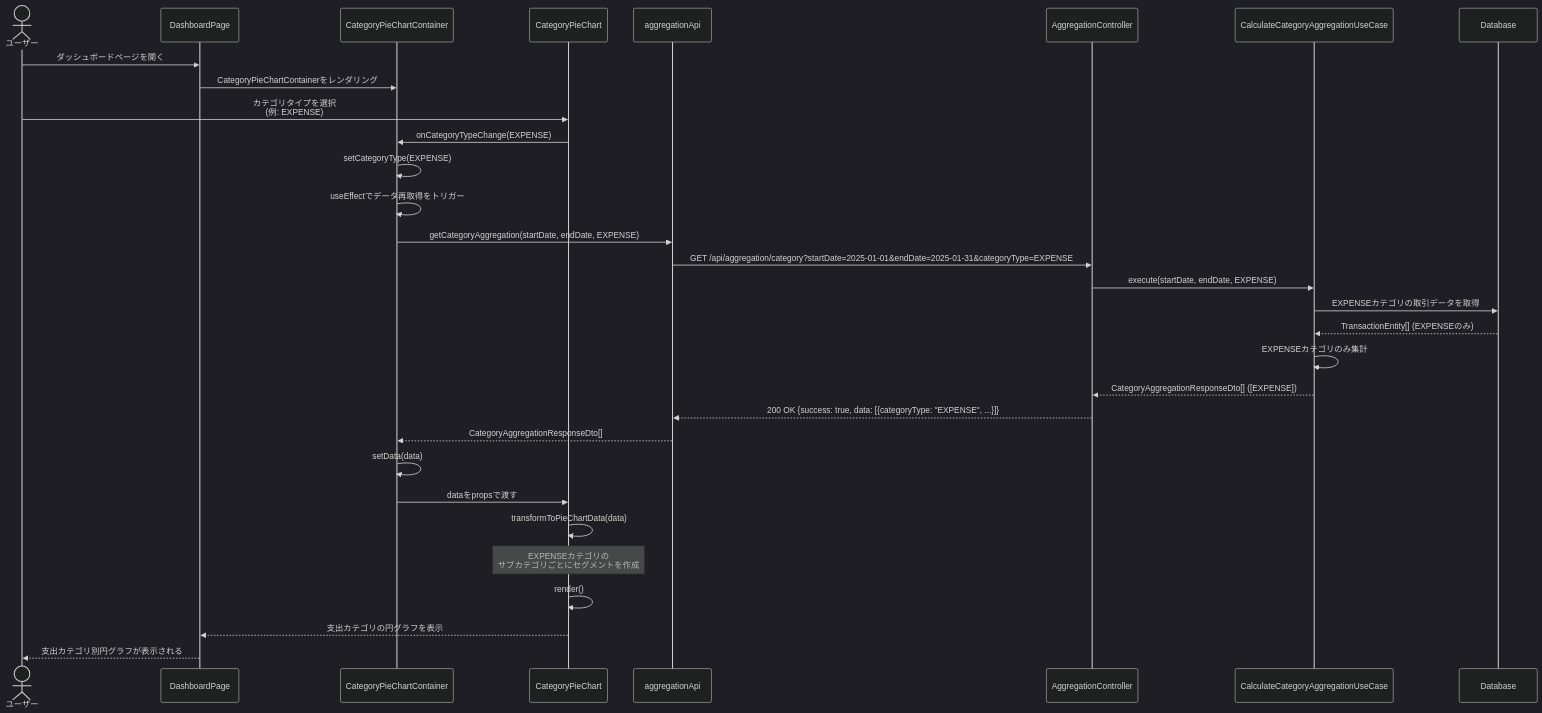
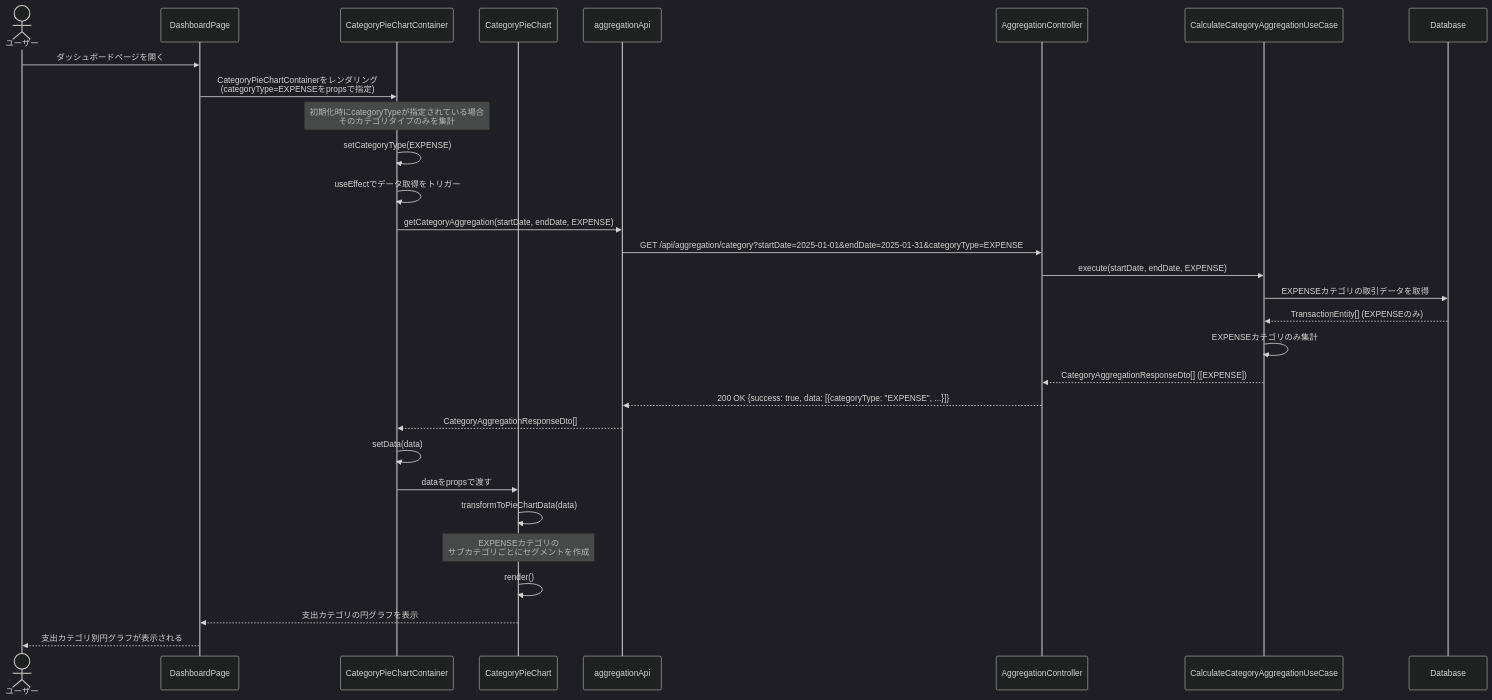
Before and after one commit to kencom2400/account-book: the second of 7 diagrams in docs/detailed-design/FR-025_category-pie-chart/sequence-diagrams.md, drawn with Mermaid (dark theme). The commit also changed 6 other files, not shown here.

````diff
--- a/docs/detailed-design/FR-025_category-pie-chart/sequence-diagrams.md
+++ b/docs/detailed-design/FR-025_category-pie-chart/sequence-diagrams.md
@@ -81,39 +81,38 @@
 ```mermaid
 sequenceDiagram
     actor User as ユーザー
     participant Page as DashboardPage
     participant Container as CategoryPieChartContainer
     participant Component as CategoryPieChart
     participant API as aggregationApi
     participant Backend as AggregationController
     participant UseCase as CalculateCategoryAggregationUseCase
     participant DB as Database
 
     User->>Page: ダッシュボードページを開く
-    Page->>Container: CategoryPieChartContainerをレンダリング
+    Page->>Container: CategoryPieChartContainerをレンダリング<br/>(categoryType=EXPENSEをpropsで指定)
 
-    User->>Component: カテゴリタイプを選択<br/>(例: EXPENSE)
-    Component->>Container: onCategoryTypeChange(EXPENSE)
+    Note over Container: 初期化時にcategoryTypeが指定されている場合<br/>そのカテゴリタイプのみを集計
     Container->>Container: setCategoryType(EXPENSE)
-    Container->>Container: useEffectでデータ再取得をトリガー
+    Container->>Container: useEffectでデータ取得をトリガー
 
     Container->>API: getCategoryAggregation(startDate, endDate, EXPENSE)
     API->>Backend: GET /api/aggregation/category?startDate=2025-01-01&endDate=2025-01-31&categoryType=EXPENSE
     Backend->>UseCase: execute(startDate, endDate, EXPENSE)
     UseCase->>DB: EXPENSEカテゴリの取引データを取得
     DB-->>UseCase: TransactionEntity[] (EXPENSEのみ)
     UseCase->>UseCase: EXPENSEカテゴリのみ集計
     UseCase-->>Backend: CategoryAggregationResponseDto[] ([EXPENSE])
     Backend-->>API: 200 OK {success: true, data: [{categoryType: "EXPENSE", ...}]}
     API-->>Container: CategoryAggregationResponseDto[]
 
     Container->>Container: setData(data)
     Container->>Component: dataをpropsで渡す
 
     Component->>Component: transformToPieChartData(data)
     Note over Component: EXPENSEカテゴリの<br/>サブカテゴリごとにセグメントを作成
 
     Component->>Component: render()
     Component-->>Page: 支出カテゴリの円グラフを表示
     Page-->>User: 支出カテゴリ別円グラフが表示される
 ```
````
